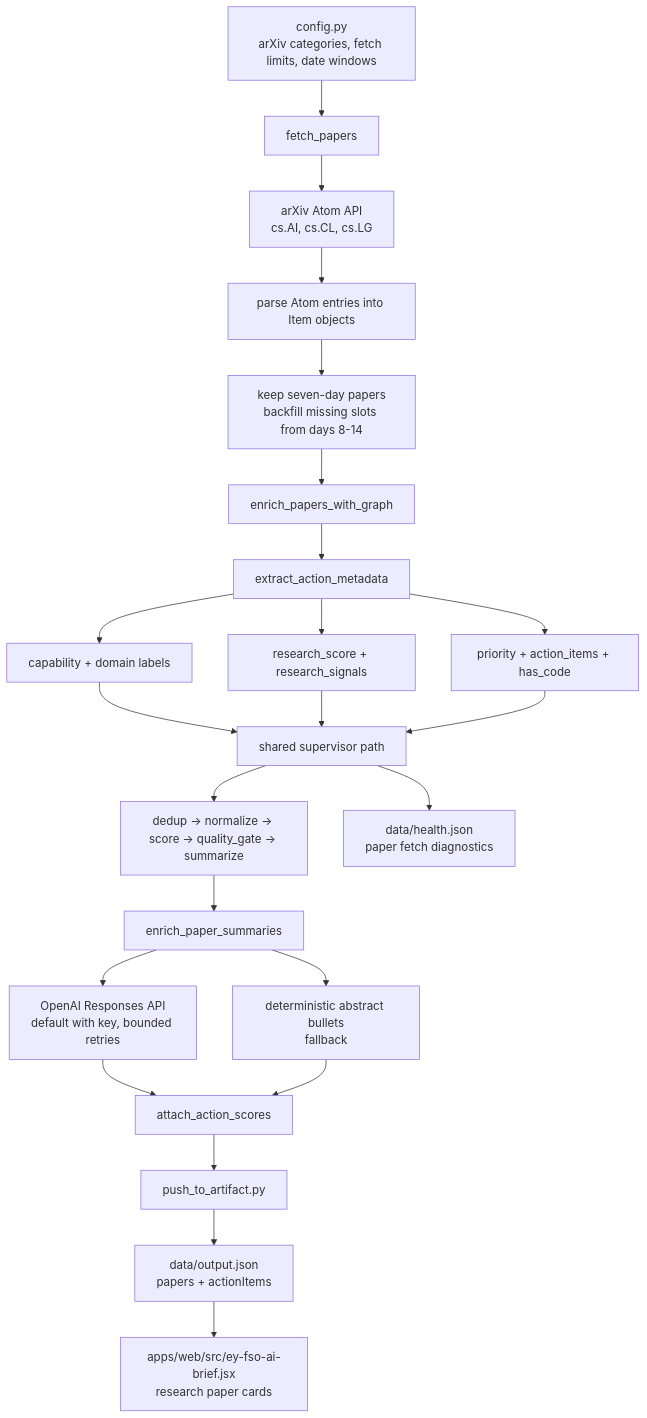
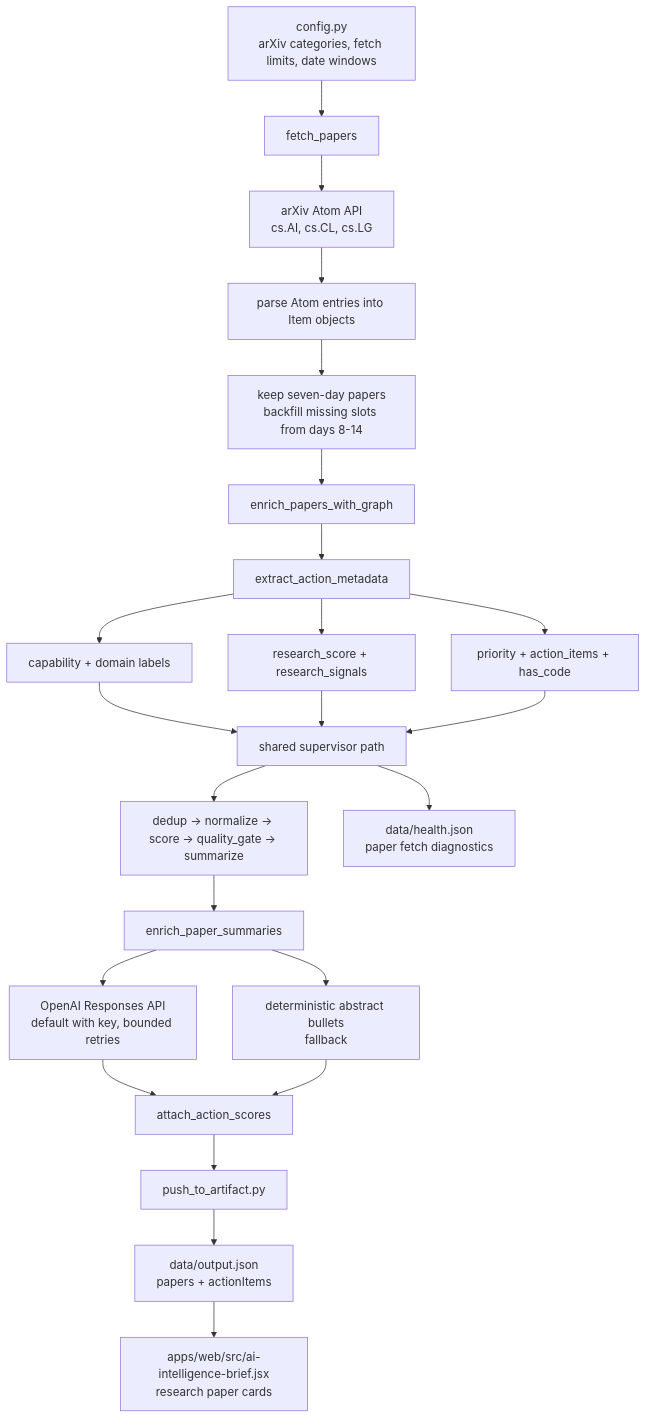
Before and after one commit to AjinkyaPawale1/ai-news-artifact: the second of 4 diagrams in docs/research-paper-agent-architecture.md, drawn with Mermaid. The commit also changed 22 other files, not shown here.

````diff
--- a/docs/research-paper-agent-architecture.md
+++ b/docs/research-paper-agent-architecture.md
@@ -62,26 +62,26 @@
 ```mermaid
 flowchart TD
     A[config.py<br/>arXiv categories, fetch limits, date windows] --> B[fetch_papers]
     B --> C[arXiv Atom API<br/>cs.AI, cs.CL, cs.LG]
     C --> D[parse Atom entries into Item objects]
     D --> E[keep seven-day papers<br/>backfill missing slots from days 8-14]
     E --> F[enrich_papers_with_graph]
     F --> G[extract_action_metadata]
     G --> H[capability + domain labels]
     G --> I[research_score + research_signals]
     G --> J[priority + action_items + has_code]
 
     H --> K[shared supervisor path]
     I --> K
     J --> K
     K --> L[dedup -> normalize -> score -> quality_gate -> summarize]
     L --> M[enrich_paper_summaries]
     M --> N[OpenAI Responses API<br/>default with key, bounded retries]
     M --> O[deterministic abstract bullets<br/>fallback]
     N --> P[attach_action_scores]
     O --> P
     P --> Q[push_to_artifact.py]
     Q --> R[data/output.json<br/>papers + actionItems]
     K --> S[data/health.json<br/>paper fetch diagnostics]
-    R --> T[apps/web/src/ey-fso-ai-brief.jsx<br/>research paper cards]
+    R --> T[apps/web/src/ai-intelligence-brief.jsx<br/>research paper cards]
 ```
````
